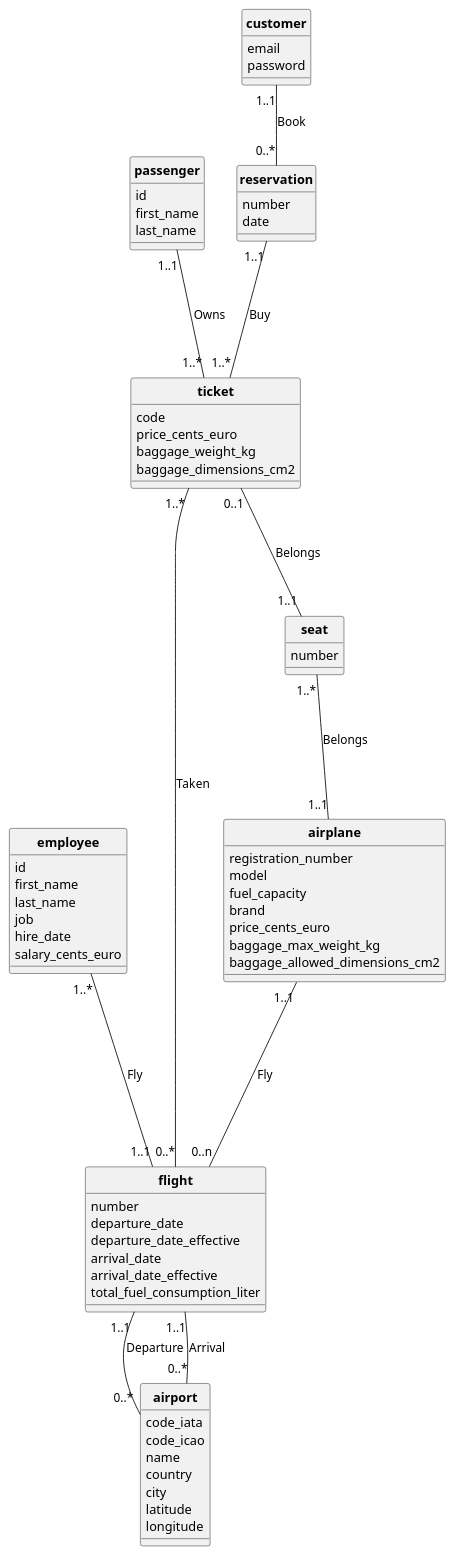
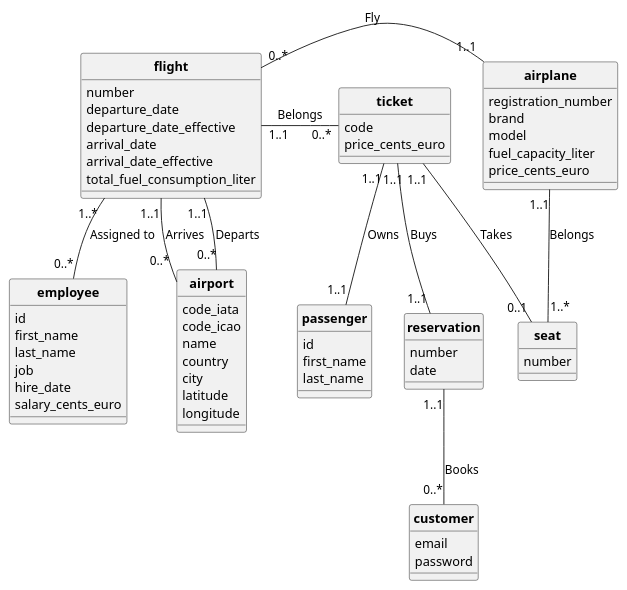
The diagram in MCD.puml (cnam-theoludwig/cnam-database), drawn with PlantUML before and after one commit. The commit also changed 17 other files, not shown here.

```diff
--- a/MCD.puml
+++ b/MCD.puml
@@ -1,86 +1,85 @@
 @startuml MCD
 
 skinparam style strictuml
 skinparam classAttributeIconSize 0
 skinparam classFontStyle Bold
 hide enum methods
 
 class flight {
   number
   departure_date
   departure_date_effective
   arrival_date
   arrival_date_effective
   total_fuel_consumption_liter
 }
 
 class airport {
   code_iata
   code_icao
   name
   country
   city
   latitude
   longitude
 }
 
 class airplane {
   registration_number
+  brand
   model
-  fuel_capacity
-  brand
+  fuel_capacity_liter
   price_cents_euro
-  baggage_max_weight_kg
-  baggage_allowed_dimensions_cm2
 }
 
 class employee {
   id
   first_name
   last_name
   job
   hire_date
   salary_cents_euro
 }
 
 class passenger {
   id
   first_name
   last_name
 }
 
 class ticket {
   code
   price_cents_euro
-  baggage_weight_kg
-  baggage_dimensions_cm2
 }
 
 class customer {
   email
   password
 }
 
 class seat {
   number
 }
 
 class reservation {
   number
   date
 }
 
-airplane "1..1" ---- "0..n" flight : Fly
-seat "1..*" --- "1..1" airplane : Belongs
-employee "1..*" ---- "1..1" flight : Fly
-passenger "1..1" --- "1..*" ticket : Owns
-flight "0..*" -l- "1..*" ticket : Taken
-reservation "1..1" --- "1..*" ticket : Buy
-ticket "0..1" --- "1..1" seat : Belongs
+airplane "1..1" -l- "0..*" flight : "Fly"
+airplane "1..1" -- "1..*" seat : "Belongs"
 
-flight "1..1" -- "0..*" airport : Departure
-flight "1..1" -- "0..*" airport : Arrival
+flight "1..*" -- "0..*" employee : "Assigned to"
 
-customer "1..1" -- "0..*" reservation : Book
+flight "1..1" -- "0..*" airport : "Departs"
+flight "1..1" -- "0..*" airport : "Arrives"
+
+flight "1..1" -r- "0..*" ticket : "Belongs"
+
+ticket "1..1" -- "0..1" seat : "Takes"
+ticket "1..1" -- "1..1" passenger : "Owns"
+ticket "1..1" -- "1..1" reservation : "Buys"
+
+reservation "1..1" -- "0..*" customer : "Books"
 
 @enduml
```
